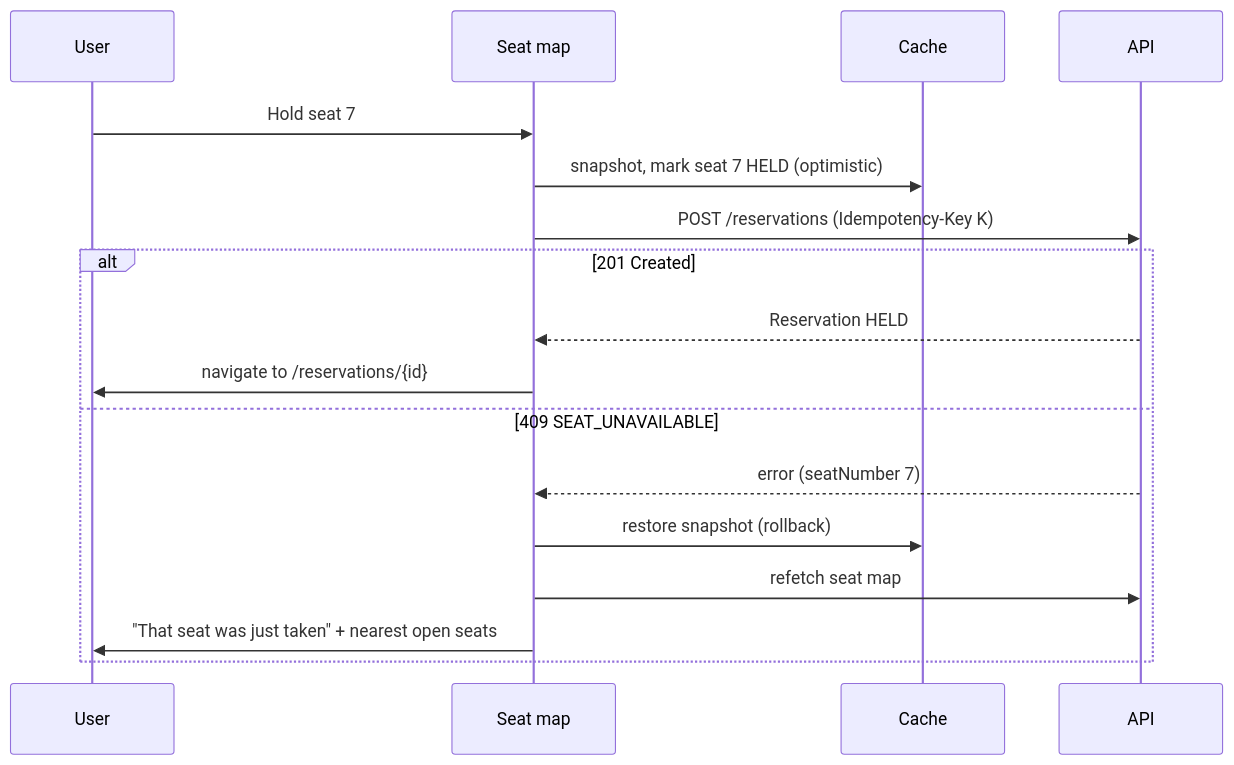
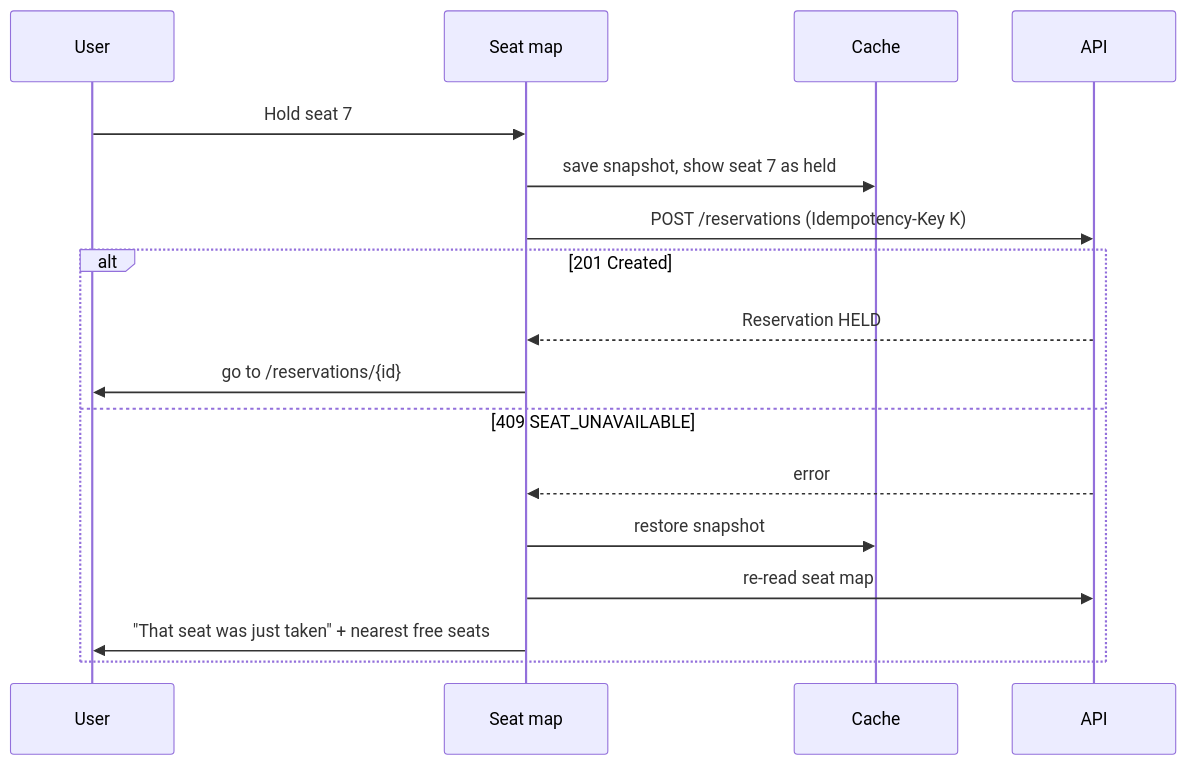
Before and after one commit to ehamamrah/Pokunity: the diagram in docs/marketplace/stale-data-and-optimistic-ui.md, drawn with Mermaid. The commit also changed other lines of this file and 7 other files, not shown here.

````diff
--- a/docs/marketplace/stale-data-and-optimistic-ui.md
+++ b/docs/marketplace/stale-data-and-optimistic-ui.md
@@ -68,19 +21,19 @@
 ```mermaid
 sequenceDiagram
   participant U as User
   participant UI as Seat map
   participant C as Cache
   participant A as API
   U->>UI: Hold seat 7
-  UI->>C: snapshot, mark seat 7 HELD (optimistic)
+  UI->>C: save snapshot, show seat 7 as held
   UI->>A: POST /reservations (Idempotency-Key K)
   alt 201 Created
     A-->>UI: Reservation HELD
-    UI->>U: navigate to /reservations/{id}
+    UI->>U: go to /reservations/{id}
   else 409 SEAT_UNAVAILABLE
-    A-->>UI: error (seatNumber 7)
-    UI->>C: restore snapshot (rollback)
-    UI->>A: refetch seat map
-    UI->>U: "That seat was just taken" + nearest open seats
+    A-->>UI: error
+    UI->>C: restore snapshot
+    UI->>A: re-read seat map
+    UI->>U: "That seat was just taken" + nearest free seats
   end
 ```
````
